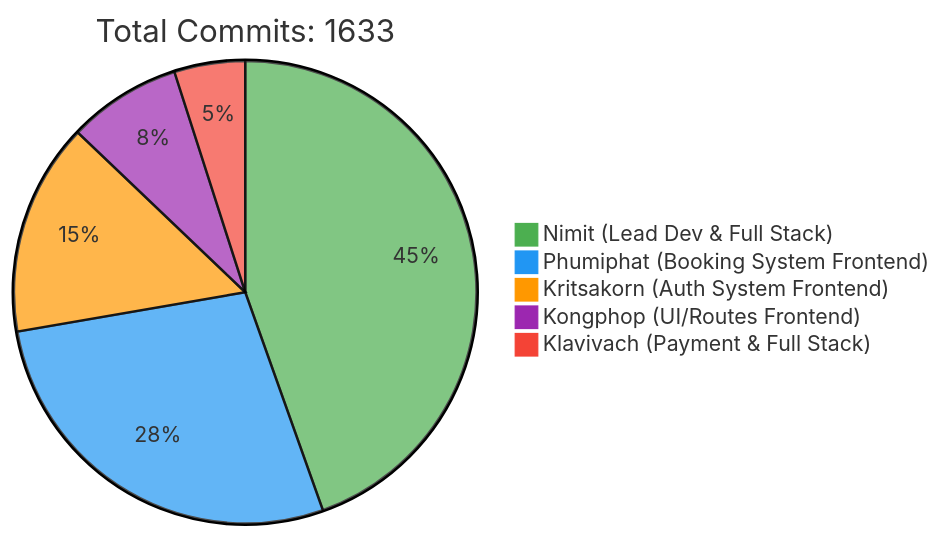
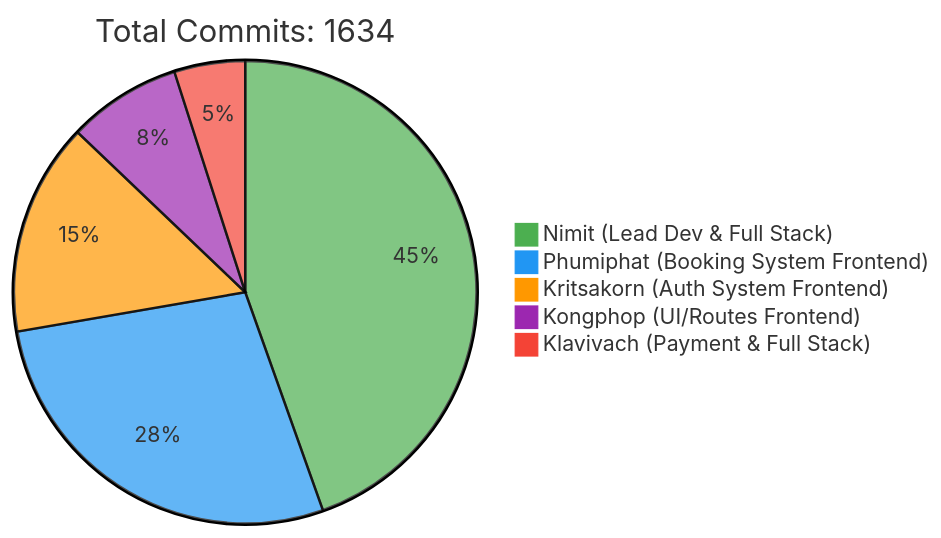
One commit to 6531503042/Sport-Complex changed the first of 2 diagrams in README.md. Above: the diagram before and after it, drawn with Mermaid. The commit also changed other lines of this file, not shown here.

Commit message:
docs: Update contributor statistics [skip ci]

````diff
--- a/README.md
+++ b/README.md
@@ -257,10 +257,10 @@
 ```mermaid
 %%{init: {'theme': 'base', 'themeVariables': { 'pie1': '#4CAF50', 'pie2': '#2196F3', 'pie3': '#FF9800', 'pie4': '#9C27B0', 'pie5': '#F44336'}}}%%
 pie
-    title Total Commits: 1633
+    title Total Commits: 1634
     "Nimit (Lead Dev & Full Stack)" : 450
     "Phumiphat (Booking System Frontend)" : 280
     "Kritsakorn (Auth System Frontend)" : 150
     "Kongphop (UI/Routes Frontend)" : 80
     "Klavivach (Payment & Full Stack)" : 50
 ```
````
